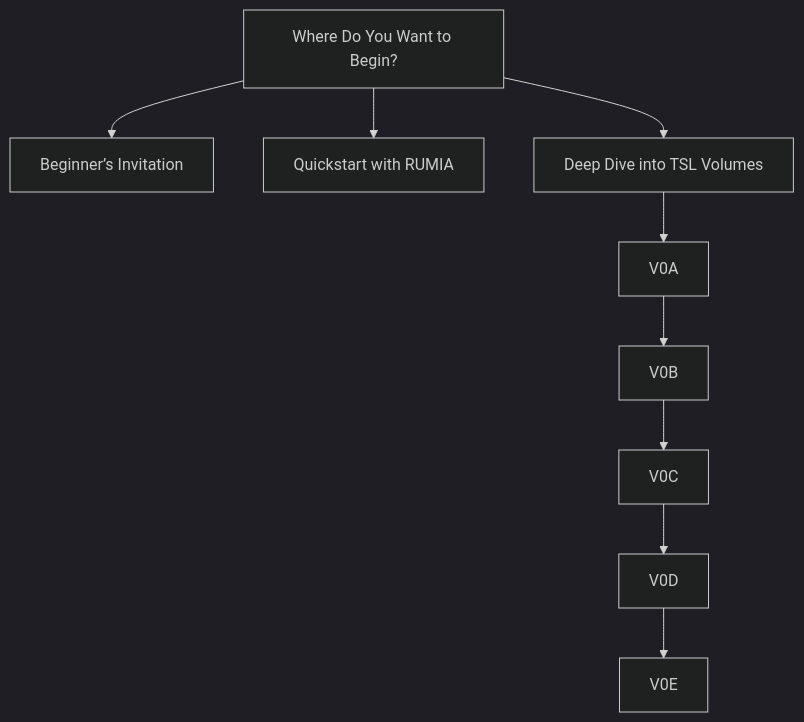
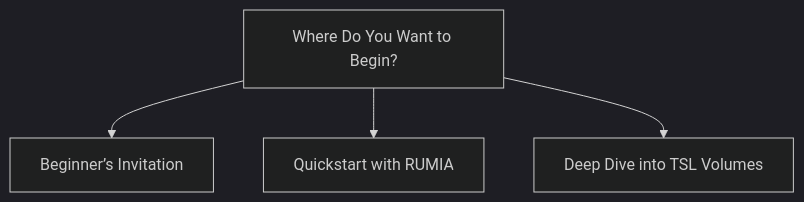
Before and after one commit to etjoy82/Recursive-Intelligence-Expansion: the eighth of 11 diagrams in README.md, drawn with Mermaid (dark theme).

````diff
--- a/README.md
+++ b/README.md
@@ -1407,7 +1407,6 @@
 ```mermaid
 graph TD
     Start[Where Do You Want to Begin?] --> A1[Beginner’s Invitation]
     Start --> A2[Quickstart with RUMIA]
     Start --> A3[Deep Dive into TSL Volumes]
-    A3 --> V0A --> V0B --> V0C --> V0D --> V0E
 ```
````
